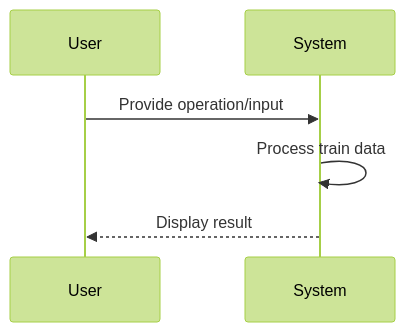
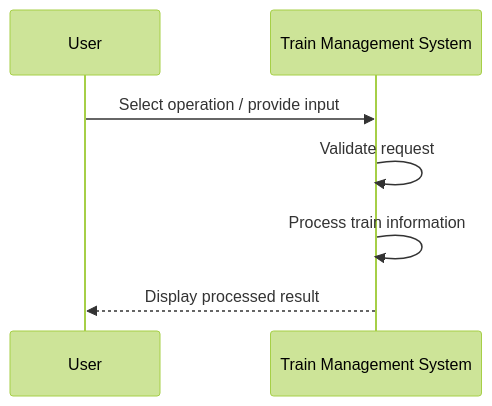
Before and after one commit to Priyanshu710-ui/TrainConsistentManagement: the second of 4 diagrams in README.md, drawn with Mermaid (forest theme). The commit also changed other lines of this file, not shown here.

Commit message:
Expand README with project explanation and workflow diagrams

````diff
--- a/README.md
+++ b/README.md
@@ -18,8 +39,10 @@
 ```mermaid
 sequenceDiagram
     participant U as User
-    participant S as System
-    U->>S: Provide operation/input
-    S->>S: Process train data
-    S-->>U: Display result
+    participant S as Train Management System
+
+    U->>S: Select operation / provide input
+    S->>S: Validate request
+    S->>S: Process train information
+    S-->>U: Display processed result
 ```
````
